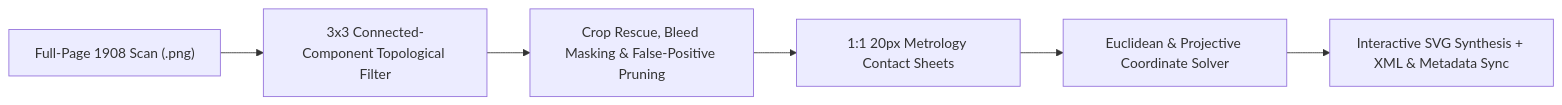
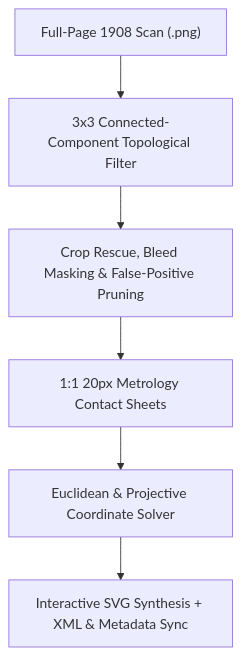
One commit to geometor/euclid changed the second of 2 diagrams in SVG_CREATION.md. Above: the diagram before and after it, drawn with Mermaid. The commit also changed other lines of this file, not shown here.

Commit message:
docs(svg): add chronicle of the complete 3-volume SVG reconstruction (832 SVGs) to SVG_CREATION.md

````diff
--- a/SVG_CREATION.md
+++ b/SVG_CREATION.md
@@ -305,8 +305,8 @@
 ```mermaid
-flowchart LR
+flowchart TD
     A["Full-Page 1908 Scan (.png)"] --> B["3x3 Connected-Component Topological Filter"]
     B --> C["Crop Rescue, Bleed Masking & False-Positive Pruning"]
     C --> D["1:1 20px Metrology Contact Sheets"]
     D --> E["Euclidean & Projective Coordinate Solver"]
     E --> F["Interactive SVG Synthesis + XML & Metadata Sync"]
 ```
````
